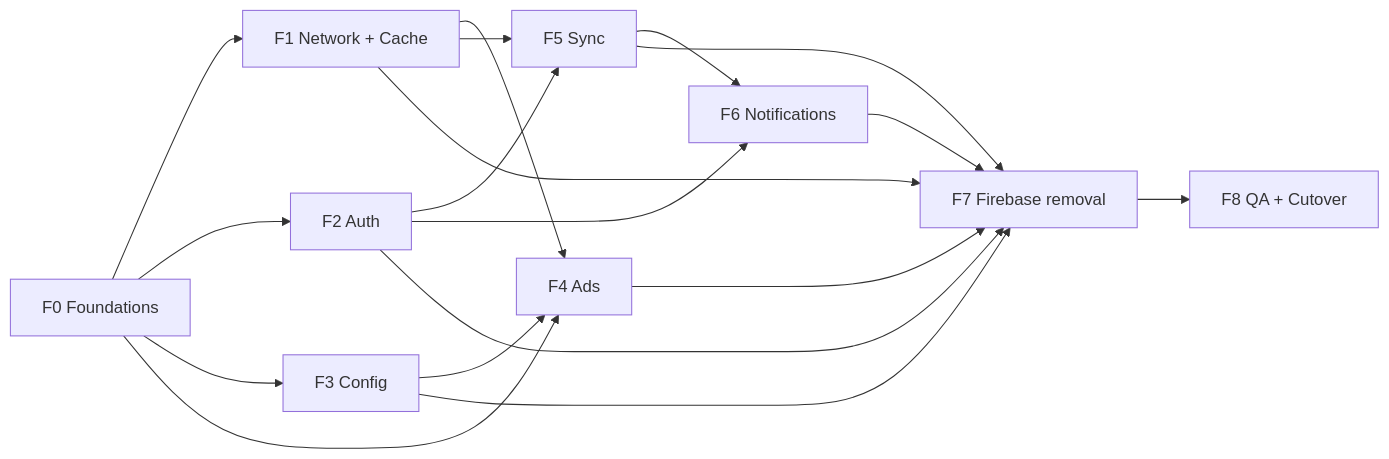
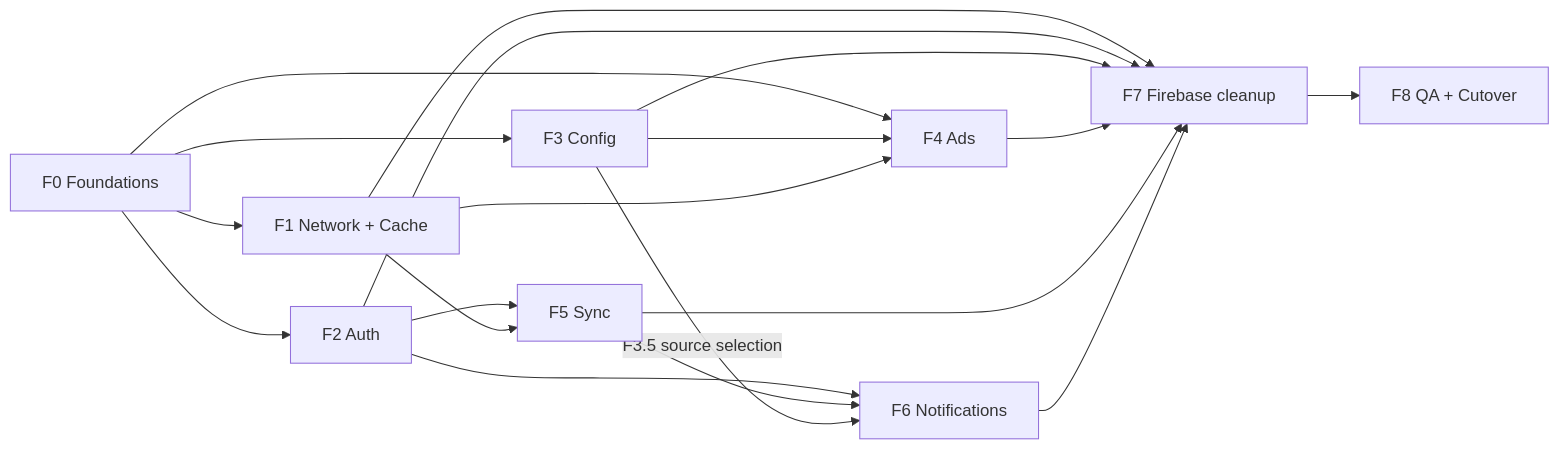
Before and after one commit to flixquest/flixquest: the diagram in docs/flutter_laravel_migration_phases.md, drawn with Mermaid. The commit also changed other lines of this file and 14 other files, not shown here.

````diff
--- a/docs/flutter_laravel_migration_phases.md
+++ b/docs/flutter_laravel_migration_phases.md
@@ -51,20 +57,21 @@
 ```mermaid
 graph LR
   F0[F0 Foundations] --> F1[F1 Network + Cache]
   F0 --> F2[F2 Auth]
   F0 --> F3[F3 Config]
   F0 --> F4[F4 Ads]
   F2 --> F5[F5 Sync]
   F2 --> F6[F6 Notifications]
   F3 --> F4
   F1 --> F4
   F1 --> F5
   F5 --> F6
-  F1 --> F7[F7 Firebase removal]
+  F3 -->|F3.5 source selection| F6
+  F1 --> F7[F7 Firebase cleanup]
   F2 --> F7
   F3 --> F7
   F4 --> F7
   F5 --> F7
   F6 --> F7
   F7 --> F8[F8 QA + Cutover]
 ```
````
